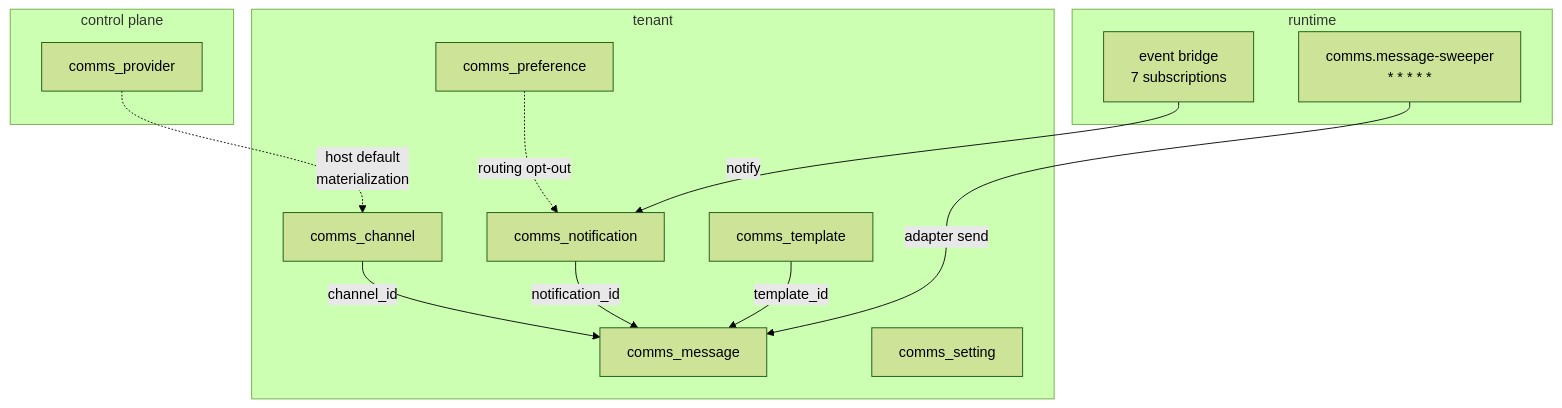
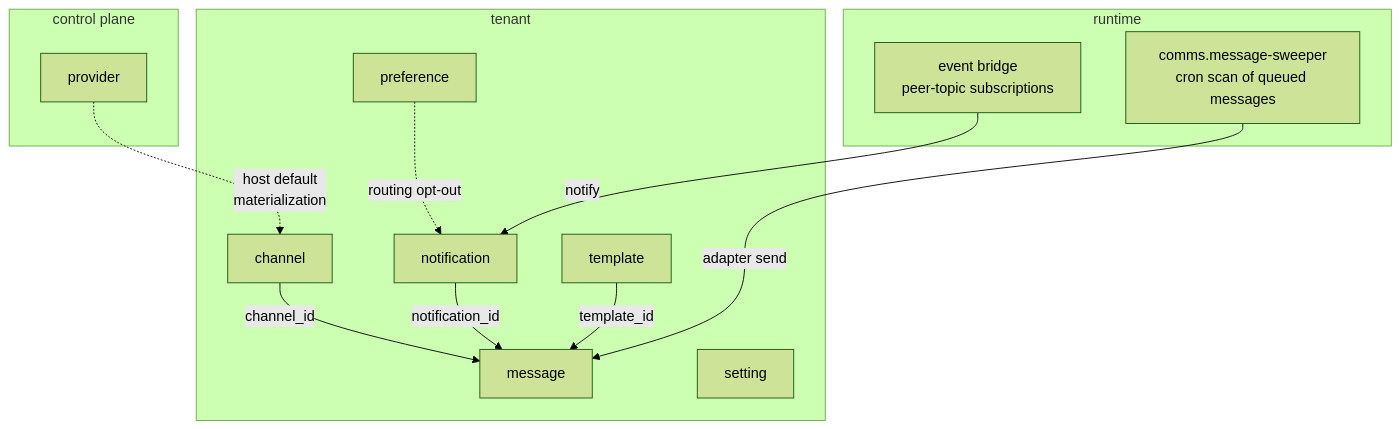
Before and after one commit to AdityaBorkar/aspen-os: the first of 3 diagrams in packages/comms/docs/overview.mdx, drawn with Mermaid (forest theme). The commit also changed other lines of this file and 72 other files, not shown here.

````diff
--- a/packages/comms/docs/overview.mdx
+++ b/packages/comms/docs/overview.mdx
@@ -57,28 +57,28 @@
 ```mermaid
 flowchart TB
   subgraph ControlPlane[control plane]
-    P[comms_provider]
+    P[provider]
   end
   subgraph Tenant[tenant]
-    C[comms_channel]
-    N[comms_notification]
-    M[comms_message]
-    PR[comms_preference]
-    T[comms_template]
-    S[comms_setting]
+    C[channel]
+    N[notification]
+    M[message]
+    PR[preference]
+    T[template]
+    S[setting]
   end
 
   P -. host default<br/>materialization .-> C
   C -->|channel_id| M
   N -->|notification_id| M
   T -->|template_id| M
   PR -. routing opt-out .-> N
 
   subgraph Runtime[runtime]
-    SWEEP[comms.message-sweeper<br/>* * * * *]
-    BRIDGE[event bridge<br/>7 subscriptions]
+    SWEEP[comms.message-sweeper<br/>cron scan of queued messages]
+    BRIDGE[event bridge<br/>peer-topic subscriptions]
   end
 
   BRIDGE -->|notify| N
   SWEEP -->|adapter send| M
 ```
````
